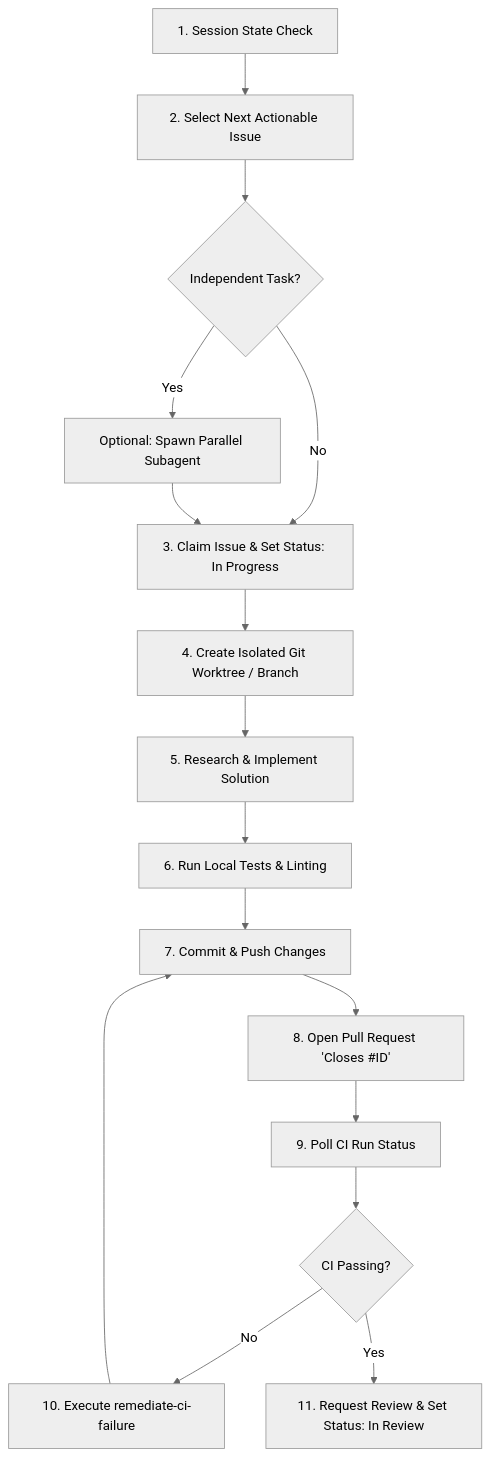
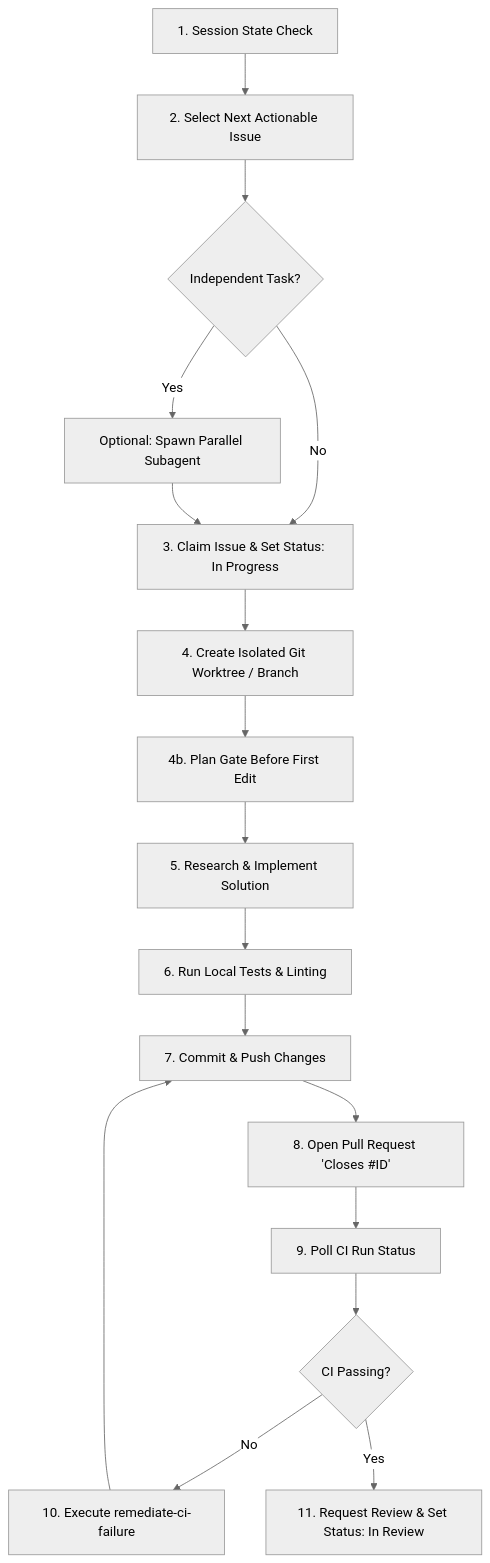
The diagram in skills/implement-next-issue/SKILL.md (gillella/Aru_Agentic_SDLC), drawn with Mermaid (neutral theme) before and after one commit. The commit also changed other lines of this file and 3 other files, not shown here.

Commit message:
docs(governance): define process ownership and plan gate

````diff
--- a/skills/implement-next-issue/SKILL.md
+++ b/skills/implement-next-issue/SKILL.md
@@ -25,17 +25,18 @@
 ```mermaid
 flowchart TD
     A[1. Session State Check] --> B[2. Select Next Actionable Issue]
     B --> C{Independent Task?}
     C -- Yes --> D[Optional: Spawn Parallel Subagent]
     C -- No --> E[3. Claim Issue & Set Status: In Progress]
     D --> E
     E --> F[4. Create Isolated Git Worktree / Branch]
-    F --> G[5. Research & Implement Solution]
+    F --> P[4b. Plan Gate Before First Edit]
+    P --> G[5. Research & Implement Solution]
     G --> H[6. Run Local Tests & Linting]
     H --> I[7. Commit & Push Changes]
     I --> J[8. Open Pull Request 'Closes #ID']
     J --> K[9. Poll CI Run Status]
     K --> L{CI Passing?}
     L -- No --> M[10. Execute remediate-ci-failure] --> I
     L -- Yes --> N[11. Request Review & Set Status: In Review]
 ```
````
